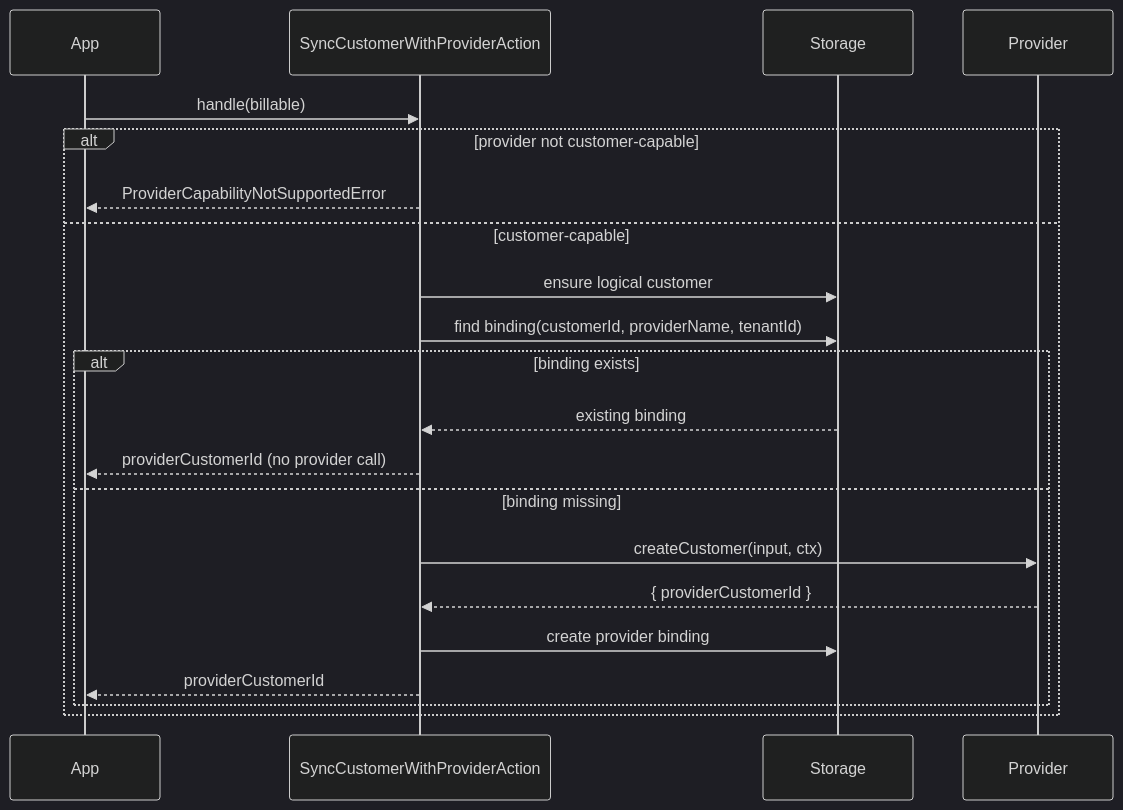
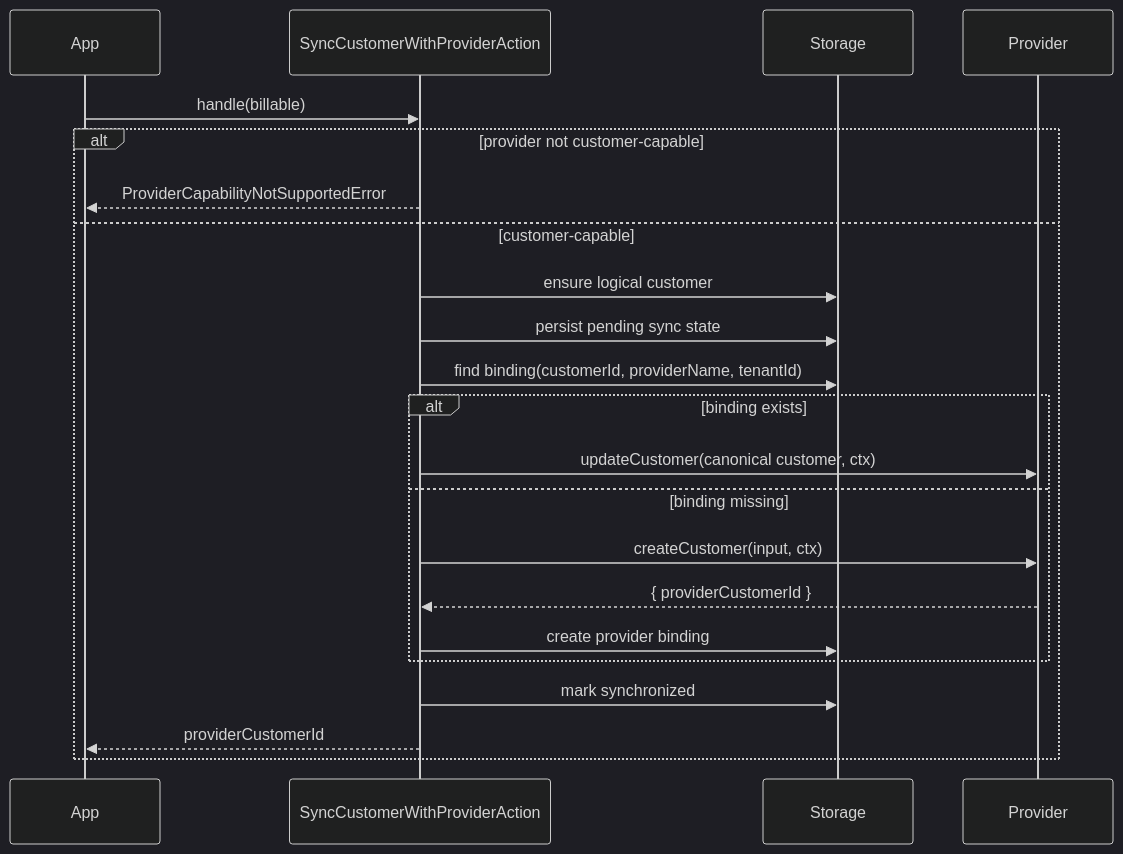
The diagram in docs/features/08-customers-billable.md (akira-io/payable), drawn with Mermaid (dark theme) before and after one commit. The commit also changed other lines of this file and 51 other files, not shown here.

````diff
--- a/docs/features/08-customers-billable.md
+++ b/docs/features/08-customers-billable.md
@@ -236,23 +233,24 @@
 ```mermaid
 sequenceDiagram
     participant App
     participant Sync as SyncCustomerWithProviderAction
     participant Storage
     participant Provider
     App->>Sync: handle(billable)
     alt provider not customer-capable
         Sync-->>App: ProviderCapabilityNotSupportedError
     else customer-capable
         Sync->>Storage: ensure logical customer
+        Sync->>Storage: persist pending sync state
         Sync->>Storage: find binding(customerId, providerName, tenantId)
         alt binding exists
-            Storage-->>Sync: existing binding
-            Sync-->>App: providerCustomerId (no provider call)
+            Sync->>Provider: updateCustomer(canonical customer, ctx)
         else binding missing
             Sync->>Provider: createCustomer(input, ctx)
             Provider-->>Sync: { providerCustomerId }
             Sync->>Storage: create provider binding
-            Sync-->>App: providerCustomerId
         end
+        Sync->>Storage: mark synchronized
+        Sync-->>App: providerCustomerId
     end
 ```
````
